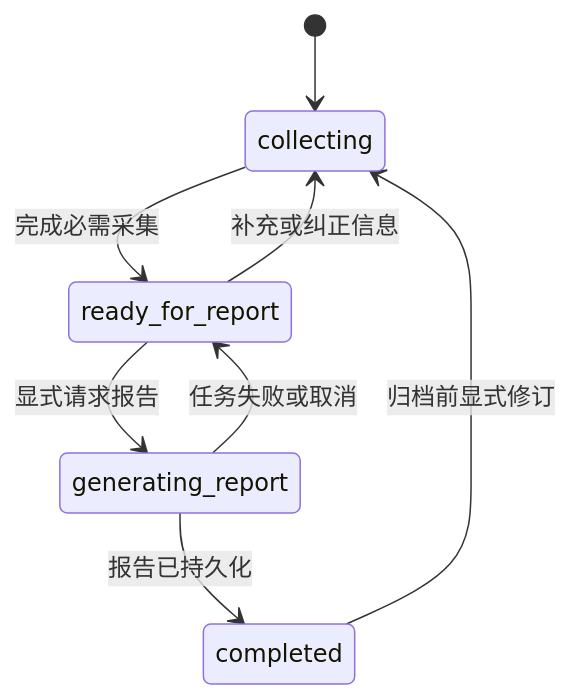
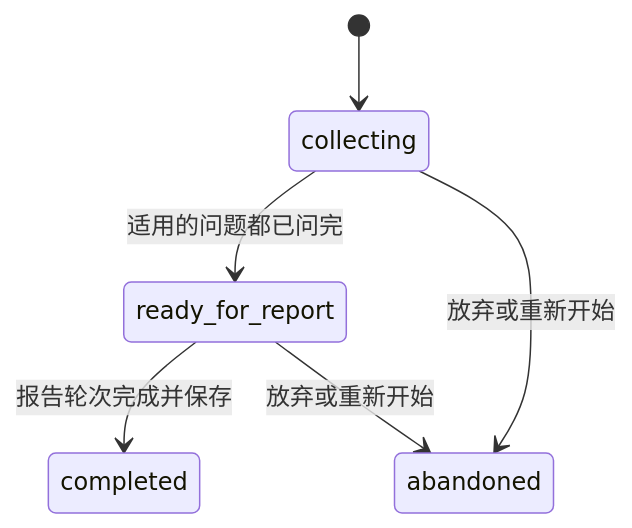
The second of 3 diagrams in docs/四诊问诊后端迁移设计.md (HuanyuTechTeam/avatarhuman), drawn with Mermaid before and after one commit. The commit also changed other lines of this file and 2 other files, not shown here.

````diff
--- a/docs/四诊问诊后端迁移设计.md
+++ b/docs/四诊问诊后端迁移设计.md
@@ -167,10 +155,8 @@
 ```mermaid
 stateDiagram-v2
     [*] --> collecting
-    collecting --> ready_for_report: 完成必需采集
-    ready_for_report --> collecting: 补充或纠正信息
-    ready_for_report --> generating_report: 显式请求报告
-    generating_report --> ready_for_report: 任务失败或取消
-    generating_report --> completed: 报告已持久化
-    completed --> collecting: 归档前显式修订
+    collecting --> ready_for_report: 适用的问题都已问完
+    ready_for_report --> completed: 报告轮次完成并保存
+    collecting --> abandoned: 放弃或重新开始
+    ready_for_report --> abandoned: 放弃或重新开始
 ```
````
